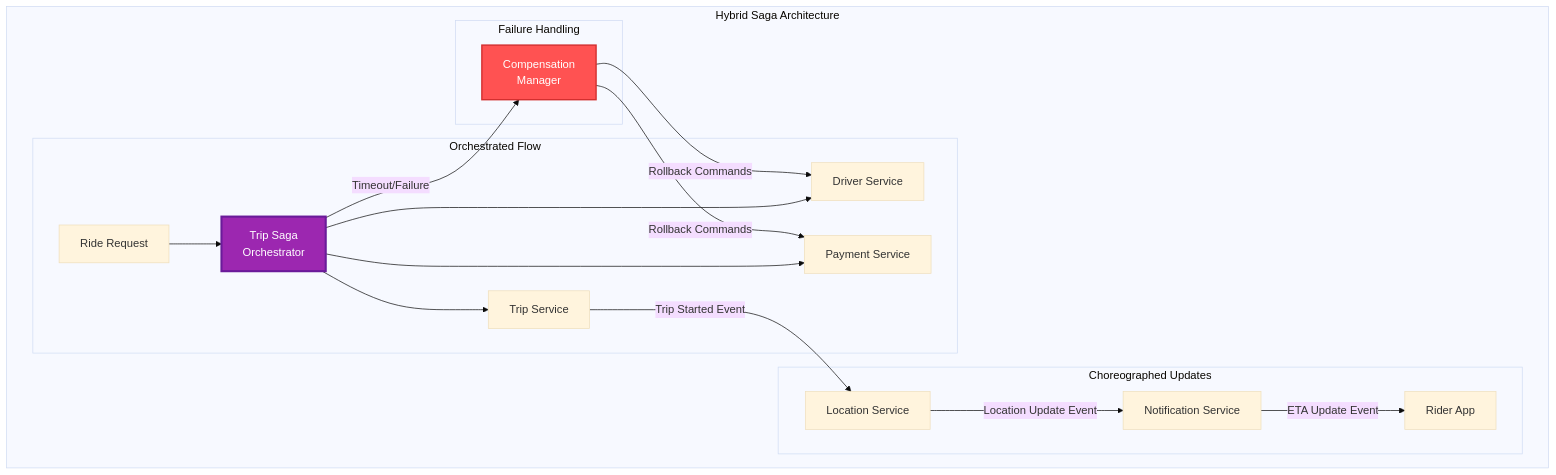
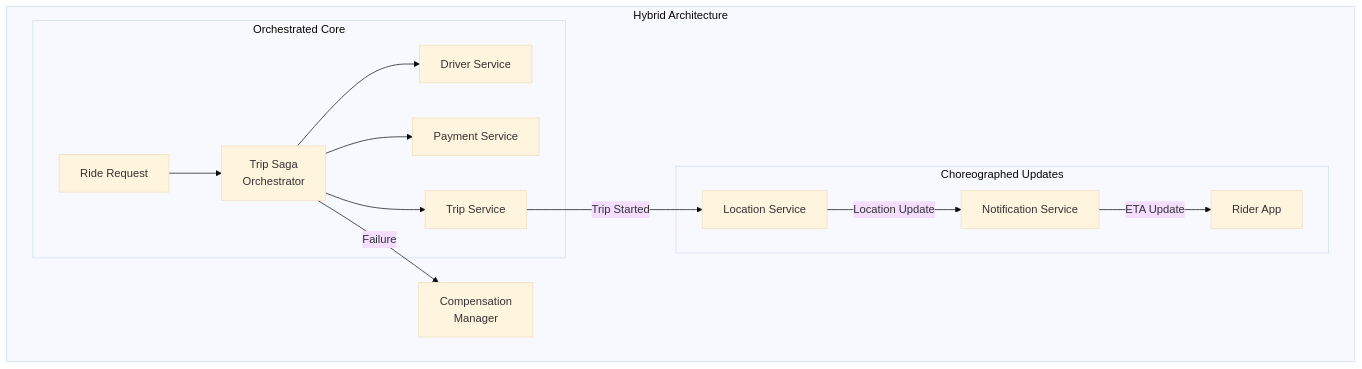
One commit to deepaucksharma/DStudio changed the fourth of 5 diagrams in docs/pattern-library/data-management/saga.md. Above: the diagram before and after it, drawn with Mermaid (base theme). The commit also changed other lines of this file and 64 other files, not shown here.

````diff
--- a/docs/pattern-library/data-management/saga.md
+++ b/docs/pattern-library/data-management/saga.md
@@ -1180,26 +333,19 @@
 ```mermaid
 graph TB
- subgraph "Hybrid Saga Architecture"
- subgraph "Orchestrated Flow"
- RQ[Ride Request] --> TSO[Trip Saga<br/>Orchestrator]
- TSO --> DS[Driver Service]
- TSO --> PS[Payment Service]
- TSO --> TS[Trip Service]
- end
- 
- subgraph "Choreographed Updates"
- TS -->|Trip Started Event| LS[Location Service]
- LS -->|Location Update Event| NS[Notification Service]
- NS -->|ETA Update Event| RA[Rider App]
- end
- 
- subgraph "Failure Handling"
- TSO -->|Timeout/Failure| COMP[Compensation<br/>Manager]
- COMP -->|Rollback Commands| DS
- COMP -->|Rollback Commands| PS
- end
- end
- 
- style TSO fill:#9c27b0,stroke:#6a1b9a,stroke-width:3px,color:#fff
- style COMP fill:#ff5252,stroke:#d32f2f,stroke-width:2px,color:#fff
+    subgraph "Hybrid Architecture"
+        subgraph "Orchestrated Core"
+            RQ[Ride Request] --> TSO[Trip Saga<br/>Orchestrator]
+            TSO --> DS[Driver Service]
+            TSO --> PS[Payment Service]
+            TSO --> TS[Trip Service]
+        end
+        
+        subgraph "Choreographed Updates"
+            TS -->|Trip Started| LS[Location Service]
+            LS -->|Location Update| NS[Notification Service]
+            NS -->|ETA Update| RA[Rider App]
+        end
+        
+        TSO -->|Failure| COMP[Compensation<br/>Manager]
+    end
 ```
````
